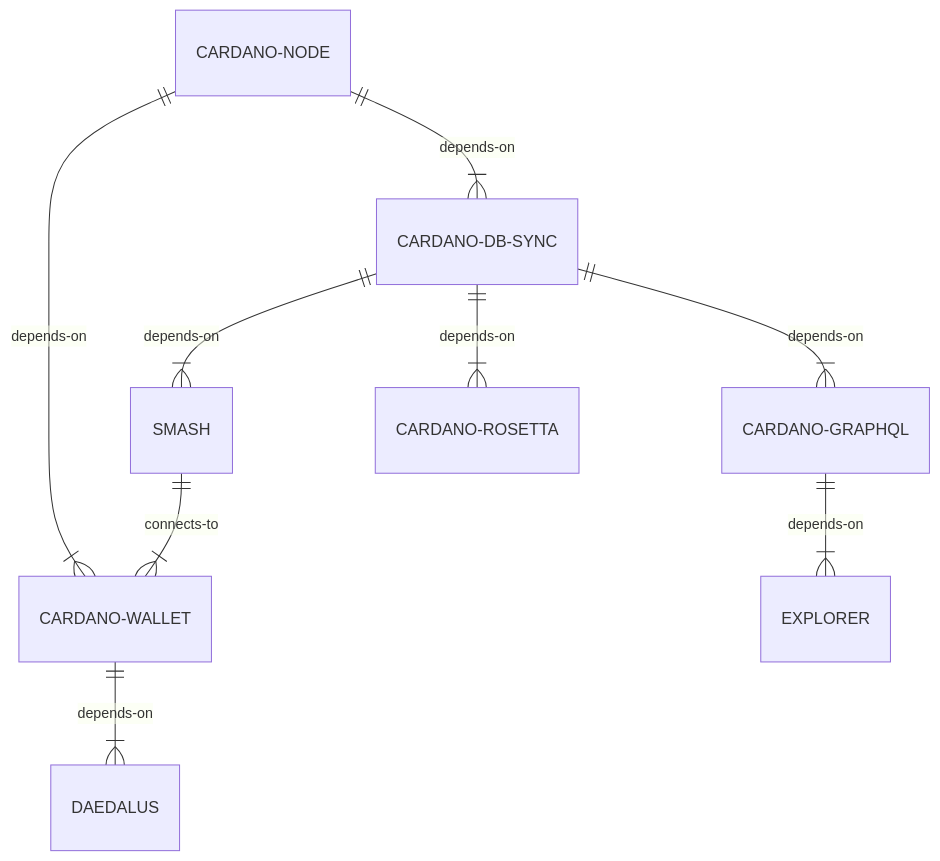
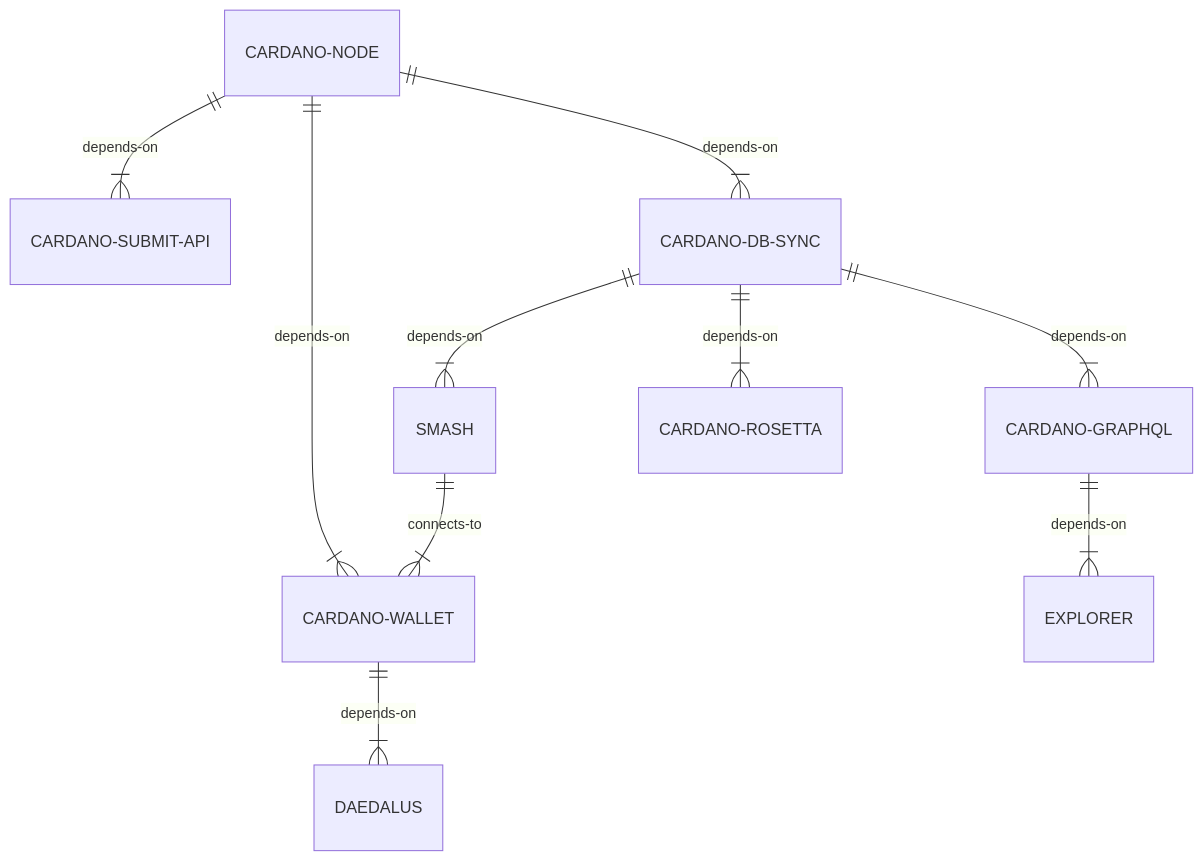
One commit to input-output-hk/adrestia changed the first of 2 diagrams in user-guide/content/docs/architecture.md. Above: the diagram before and after it, drawn with Mermaid. The commit also changed other lines of this file, not shown here.

Commit message:
update decision graph and add cardano-submit-api

```diff
--- a/user-guide/content/docs/architecture.md
+++ b/user-guide/content/docs/architecture.md
@@ -8,15 +8,16 @@
 {{< mermaid >}}
 erDiagram
+  CARDANO-NODE ||--|{ CARDANO-SUBMIT-API : depends-on
   CARDANO-NODE ||--|{ CARDANO-WALLET : depends-on
   CARDANO-NODE ||--|{ CARDANO-DB-SYNC : depends-on
 
   CARDANO-DB-SYNC ||--|{ SMASH : depends-on
   CARDANO-DB-SYNC ||--|{ CARDANO-GRAPHQL : depends-on
   CARDANO-DB-SYNC ||--|{ CARDANO-ROSETTA : depends-on
 
   CARDANO-GRAPHQL ||--|{ EXPLORER : depends-on
 
   SMASH ||--|{ CARDANO-WALLET: connects-to
   CARDANO-WALLET ||--|{ DAEDALUS : depends-on
 
 {{< /mermaid >}}
```
